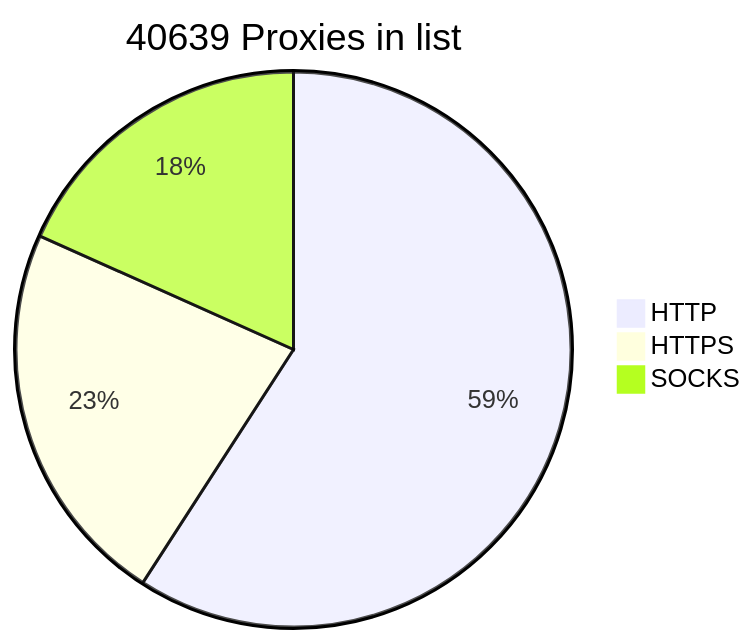
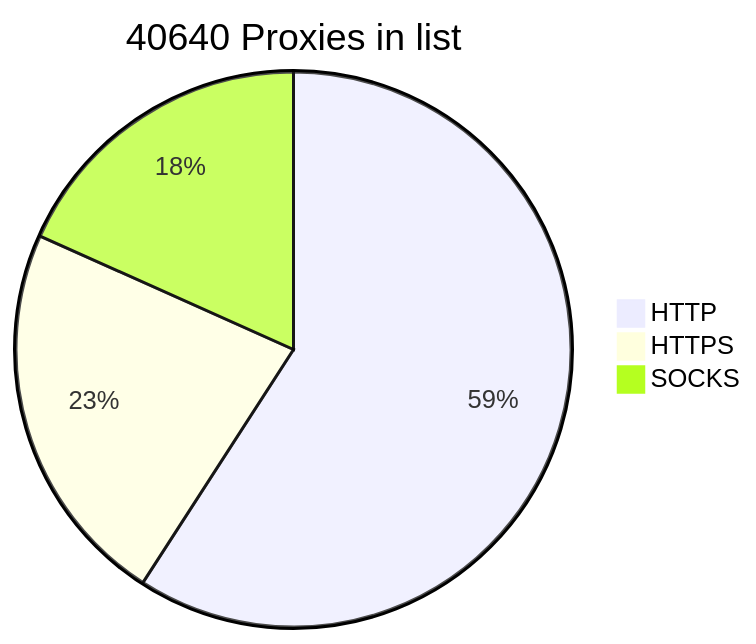
Before and after one commit to BlackSnowDot/proxylist-update-every-minute: the diagram in README.md, drawn with Mermaid.

````diff
--- a/README.md
+++ b/README.md
@@ -2,6 +2,6 @@
 ```mermaid
-pie title 40639 Proxies in list
+pie title 40640 Proxies in list
     "HTTP" : 28254
-    "HTTPS": 10782
+    "HTTPS": 10783
     "SOCKS" : 8746
 ```
````
